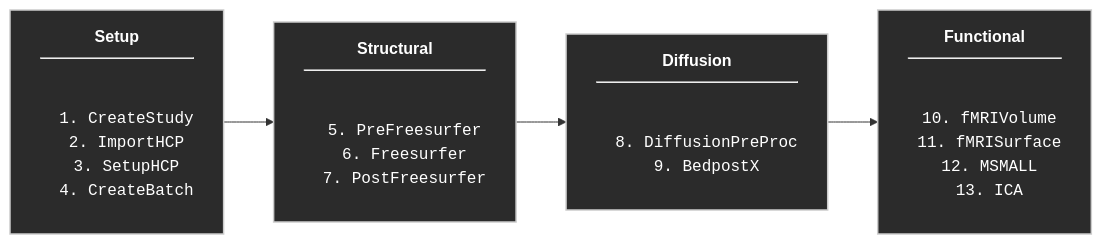
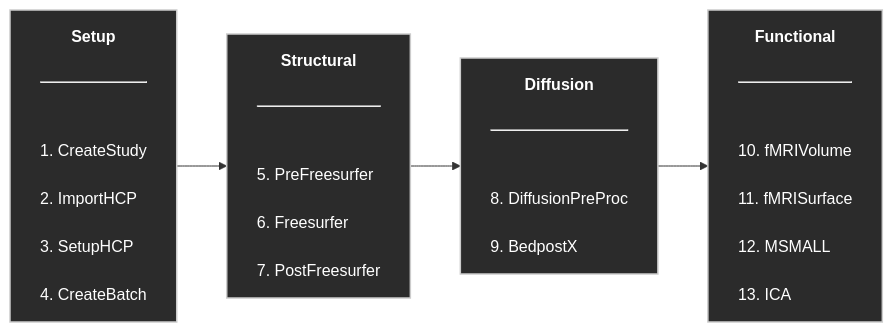
One commit to SPMIC-UoN/QuNex_Processing_Pipeline changed the diagram in README.md. Above: the diagram before and after it, drawn with Mermaid.

````diff
--- a/README.md
+++ b/README.md
@@ -38,30 +38,42 @@
 ```mermaid
 flowchart LR
 
 classDef stage fill:#2b2b2b,stroke:#cccccc,stroke-width:1.5px,color:#ffffff;
 
-Setup["<b>Setup</b><hr/>
-<pre>  1. CreateStudy
-  2. ImportHCP
-  3. SetupHCP
-  4. CreateBatch</pre>"]
+Setup["<div align='center'><b>Setup</b></div>
+<hr/>
+<div align='left'>
+1. CreateStudy<br/>
+2. ImportHCP<br/>
+3. SetupHCP<br/>
+4. CreateBatch
+</div>"]
 
-Structural["<b>Structural</b><hr/>
-<pre>  5. PreFreesurfer
-  6. Freesurfer
-  7. PostFreesurfer</pre>"]
+Structural["<div align='center'><b>Structural</b></div>
+<hr/>
+<div align='left'>
+5. PreFreesurfer<br/>
+6. Freesurfer<br/>
+7. PostFreesurfer
+</div>"]
 
-Diffusion["<b>Diffusion</b><hr/>
-<pre>  8. DiffusionPreProc
-  9. BedpostX</pre>"]
+Diffusion["<div align='center'><b>Diffusion</b></div>
+<hr/>
+<div align='left'>
+8. DiffusionPreProc<br/>
+9. BedpostX
+</div>"]
 
-Functional["<b>Functional</b><hr/>
-<pre> 10. fMRIVolume
- 11. fMRISurface
- 12. MSMALL
- 13. ICA</pre>"]
+Functional["<div align='center'><b>Functional</b></div>
+<hr/>
+<div align='left'>
+10. fMRIVolume<br/>
+11. fMRISurface<br/>
+12. MSMALL<br/>
+13. ICA
+</div>"]
 
 Setup --> Structural --> Diffusion --> Functional
 
 class Setup,Structural,Diffusion,Functional stage;
 ```
````
